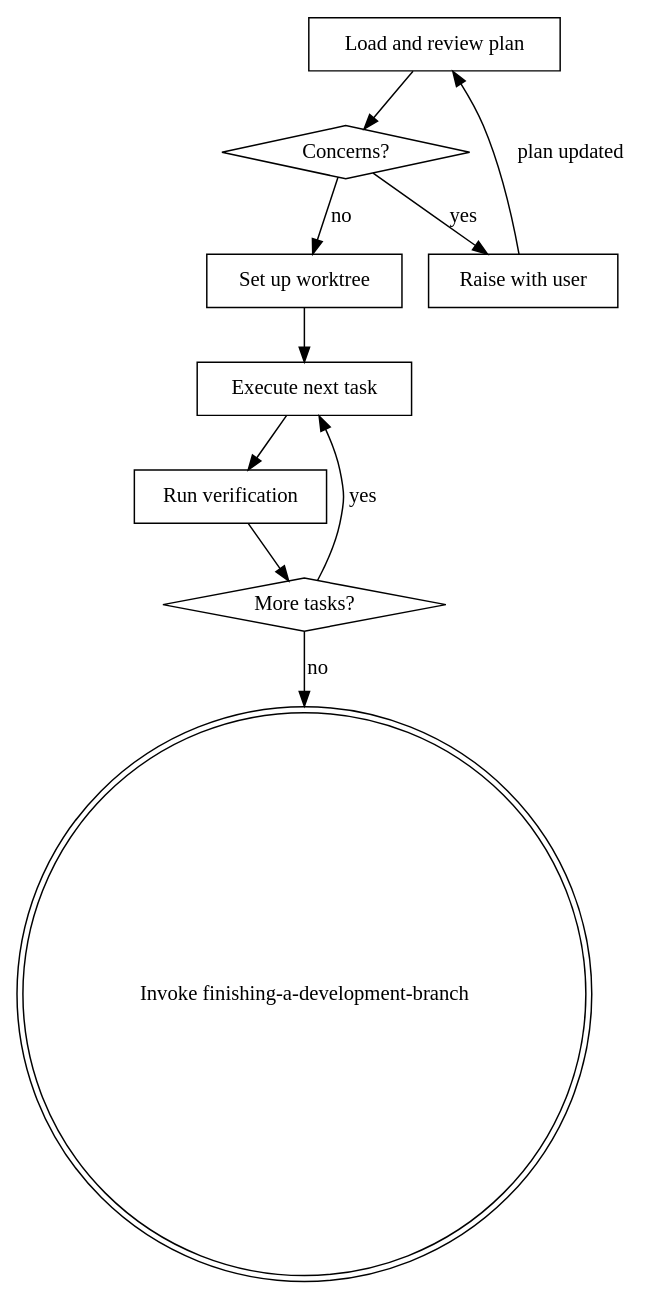
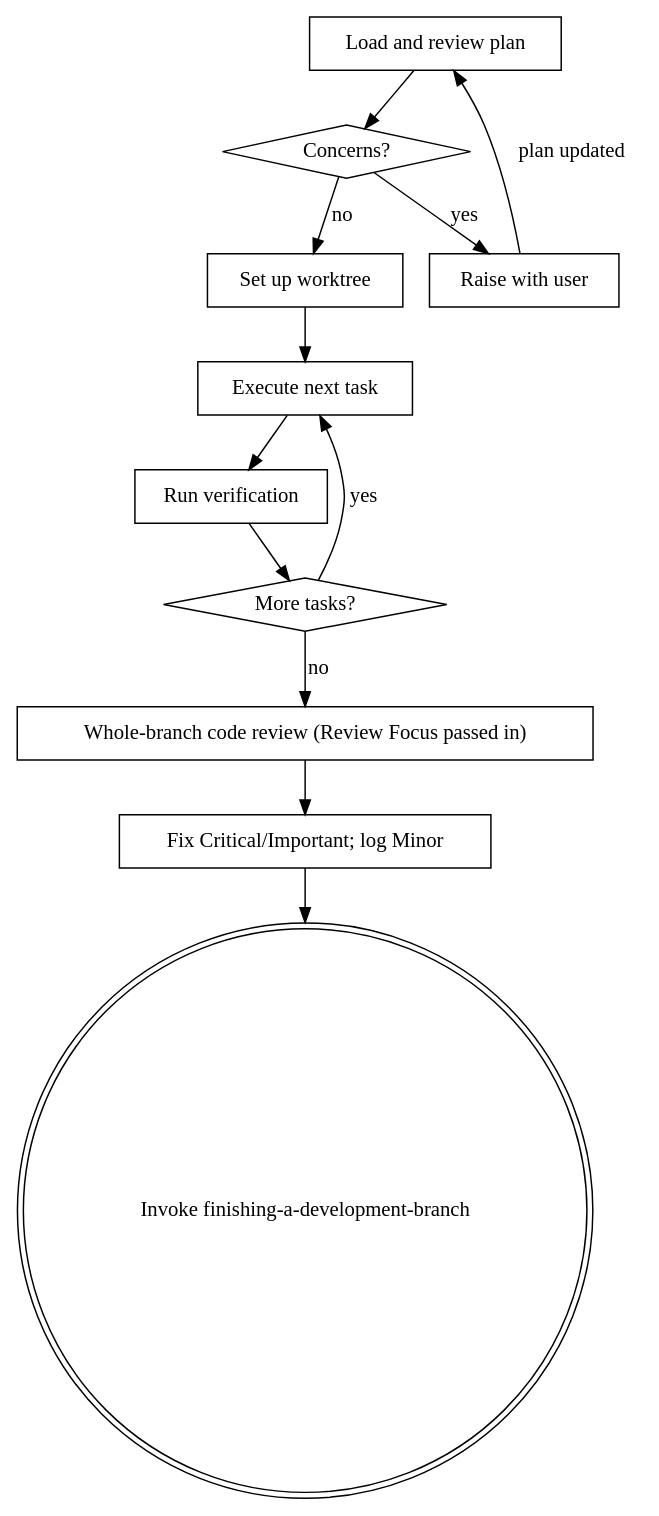
The diagram in skills/executing-plans/SKILL.md (REPOZY/superpowers-optimized), drawn with Graphviz before and after one commit. The commit also changed other lines of this file and 35 other files, not shown here.

````diff
--- a/skills/executing-plans/SKILL.md
+++ b/skills/executing-plans/SKILL.md
@@ -20,22 +20,26 @@
 ```dot
 digraph executing_plans {
     "Load and review plan" [shape=box];
     "Concerns?" [shape=diamond];
     "Raise with user" [shape=box];
     "Set up worktree" [shape=box];
     "Execute next task" [shape=box];
     "Run verification" [shape=box];
     "More tasks?" [shape=diamond];
+    "Whole-branch code review (Review Focus passed in)" [shape=box];
+    "Fix Critical/Important; log Minor" [shape=box];
     "Invoke finishing-a-development-branch" [shape=doublecircle];
 
     "Load and review plan" -> "Concerns?";
     "Concerns?" -> "Raise with user" [label="yes"];
     "Raise with user" -> "Load and review plan" [label="plan updated"];
     "Concerns?" -> "Set up worktree" [label="no"];
     "Set up worktree" -> "Execute next task";
     "Execute next task" -> "Run verification";
     "Run verification" -> "More tasks?";
     "More tasks?" -> "Execute next task" [label="yes"];
-    "More tasks?" -> "Invoke finishing-a-development-branch" [label="no"];
+    "More tasks?" -> "Whole-branch code review (Review Focus passed in)" [label="no"];
+    "Whole-branch code review (Review Focus passed in)" -> "Fix Critical/Important; log Minor";
+    "Fix Critical/Important; log Minor" -> "Invoke finishing-a-development-branch";
 }
 ```
````
